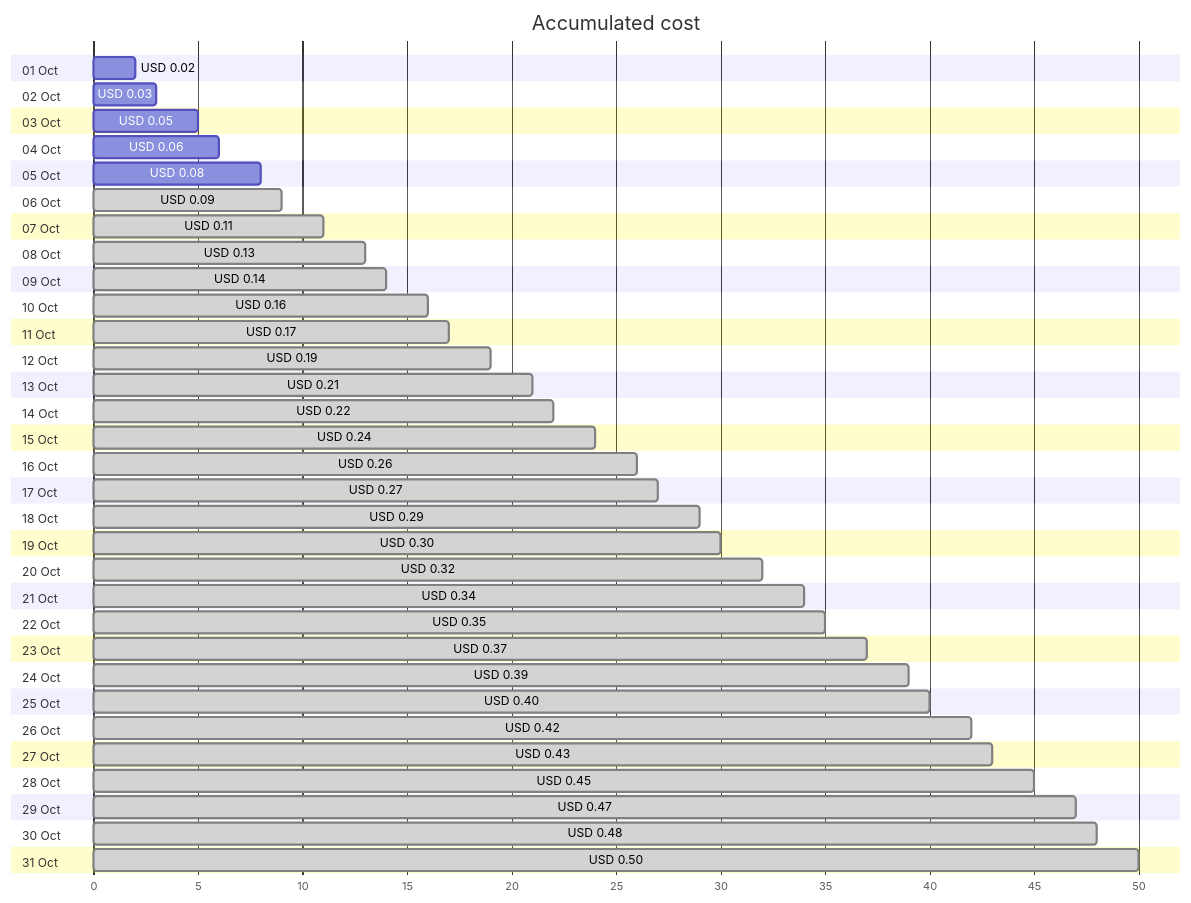
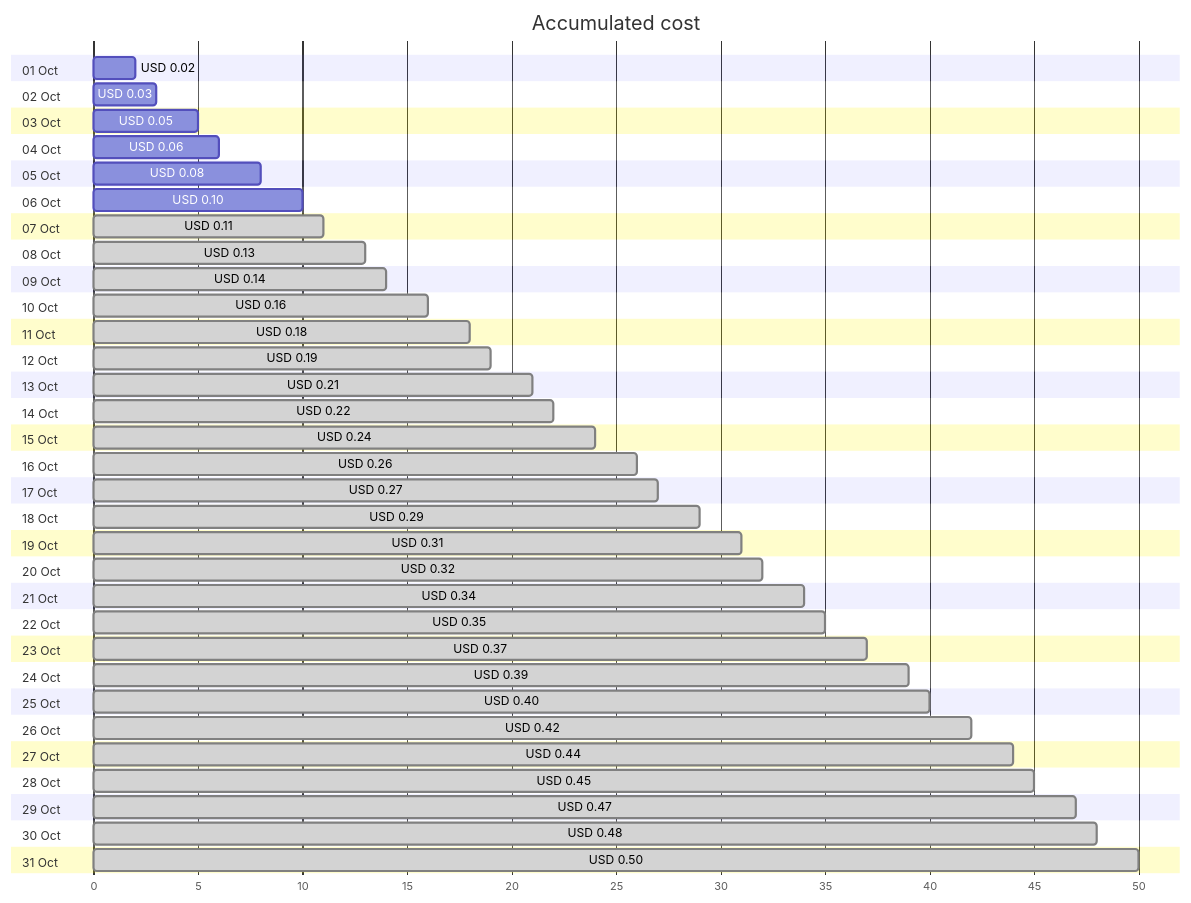
One commit to jpfulton/azure-personal-reports changed the first of 4 diagrams in cost-reports/personal-network/private.jpatrickfulton.com.md. Above: the diagram before and after it, drawn with Mermaid. The commit also changed other lines of this file and 8 other files, not shown here.

````diff
--- a/cost-reports/personal-network/private.jpatrickfulton.com.md
+++ b/cost-reports/personal-network/private.jpatrickfulton.com.md
@@ -20,68 +20,68 @@
 ```mermaid
 gantt
    title Accumulated cost
    dateFormat  X
    axisFormat %s
    section 01 Oct
    USD 0.02 :0, 2
    section 02 Oct
    USD 0.03 :0, 3
    section 03 Oct
    USD 0.05 :0, 5
    section 04 Oct
    USD 0.06 :0, 6
    section 05 Oct
    USD 0.08 :0, 8
    section 06 Oct
-   USD 0.09 : done, 0, 9
+   USD 0.10 :0, 10
    section 07 Oct
    USD 0.11 : done, 0, 11
    section 08 Oct
    USD 0.13 : done, 0, 13
    section 09 Oct
    USD 0.14 : done, 0, 14
    section 10 Oct
    USD 0.16 : done, 0, 16
    section 11 Oct
-   USD 0.17 : done, 0, 17
+   USD 0.18 : done, 0, 18
    section 12 Oct
    USD 0.19 : done, 0, 19
    section 13 Oct
    USD 0.21 : done, 0, 21
    section 14 Oct
    USD 0.22 : done, 0, 22
    section 15 Oct
    USD 0.24 : done, 0, 24
    section 16 Oct
    USD 0.26 : done, 0, 26
    section 17 Oct
    USD 0.27 : done, 0, 27
    section 18 Oct
    USD 0.29 : done, 0, 29
    section 19 Oct
-   USD 0.30 : done, 0, 30
+   USD 0.31 : done, 0, 31
    section 20 Oct
    USD 0.32 : done, 0, 32
    section 21 Oct
    USD 0.34 : done, 0, 34
    section 22 Oct
    USD 0.35 : done, 0, 35
    section 23 Oct
    USD 0.37 : done, 0, 37
    section 24 Oct
    USD 0.39 : done, 0, 39
    section 25 Oct
    USD 0.40 : done, 0, 40
    section 26 Oct
    USD 0.42 : done, 0, 42
    section 27 Oct
-   USD 0.43 : done, 0, 43
+   USD 0.44 : done, 0, 44
    section 28 Oct
    USD 0.45 : done, 0, 45
    section 29 Oct
    USD 0.47 : done, 0, 47
    section 30 Oct
    USD 0.48 : done, 0, 48
    section 31 Oct
    USD 0.50 : done, 0, 50
 ```
````
